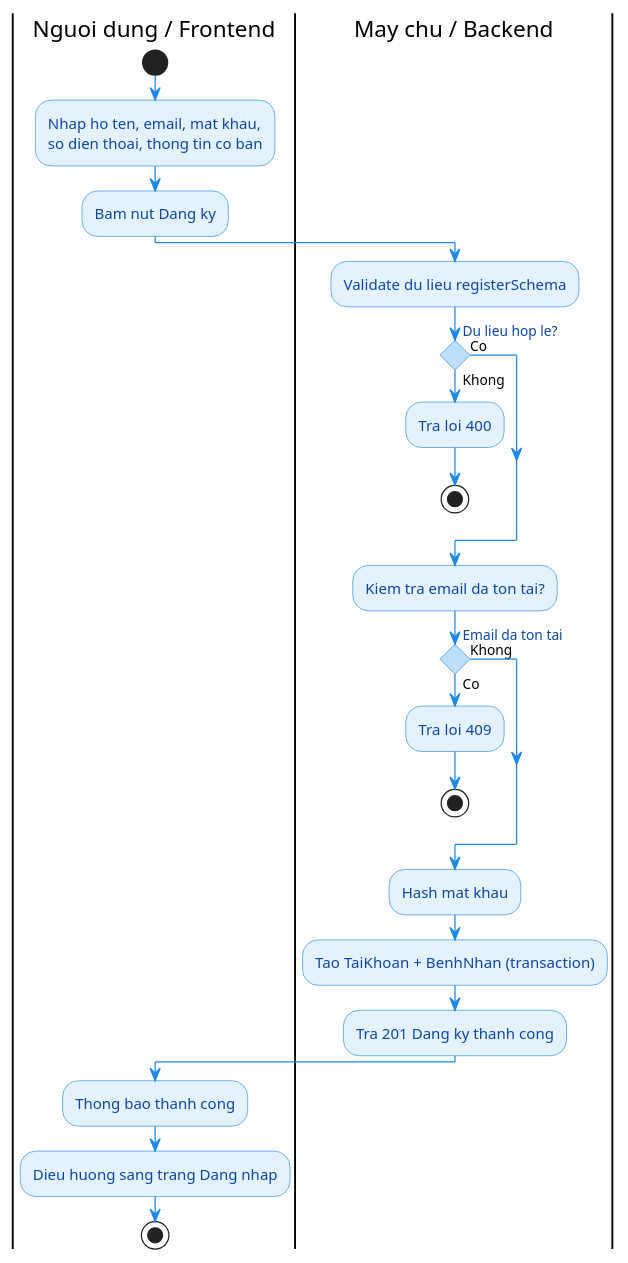
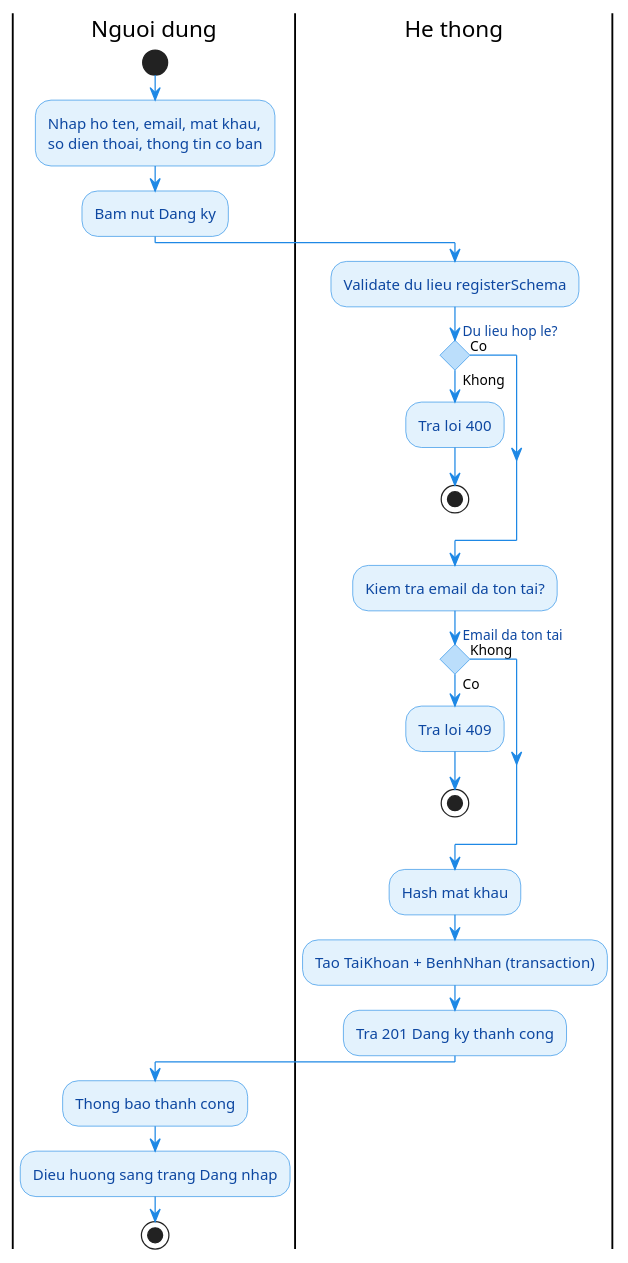
Before and after one commit to yqhuouc/HealthCare: the diagram in server/doc/diagrams/ACT_05_DangKyTaiKhoan.puml, drawn with PlantUML. The commit also changed 12 other files, not shown here.

Commit message:
docs: add PlantUML activity diagrams for core system workflows and initialize server configuration files

```diff
--- a/server/doc/diagrams/ACT_05_DangKyTaiKhoan.puml
+++ b/server/doc/diagrams/ACT_05_DangKyTaiKhoan.puml
@@ -1,48 +1,48 @@
 @startuml Activity_DangKyTaiKhoan
 
 skinparam shadowing false
 skinparam backgroundColor white
 skinparam conditionStyle diamond
 skinparam ConditionEndStyle hline
 
 skinparam activity {
   BackgroundColor #E3F2FD
   BorderColor #1E88E5
   FontColor #0D47A1
   RoundCorner 15
 }
 
 skinparam activityDiamondBackgroundColor #BBDEFB
 skinparam activityDiamondBorderColor #1E88E5
 skinparam activityDiamondFontColor #0D47A1
 skinparam ArrowColor #1E88E5
 
-|Nguoi dung / Frontend|
+|Nguoi dung|
 start
 :Nhap ho ten, email, mat khau,\nso dien thoai, thong tin co ban;
 :Bam nut Dang ky;
 
-|May chu / Backend|
+|He thong|
 :Validate du lieu registerSchema;
 if (Du lieu hop le?) then (Khong)
   :Tra loi 400;
   stop
 else (Co)
 endif
 
 :Kiem tra email da ton tai?;
 if (Email da ton tai) then (Co)
   :Tra loi 409;
   stop
 else (Khong)
 endif
 
 :Hash mat khau;
 :Tao TaiKhoan + BenhNhan (transaction);
 :Tra 201 Dang ky thanh cong;
 
-|Nguoi dung / Frontend|
+|Nguoi dung|
 :Thong bao thanh cong;
 :Dieu huong sang trang Dang nhap;
 stop
 @enduml
```
